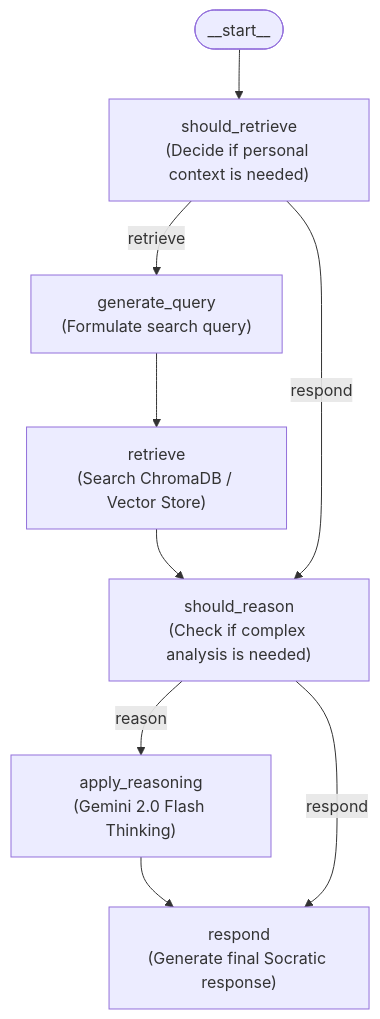
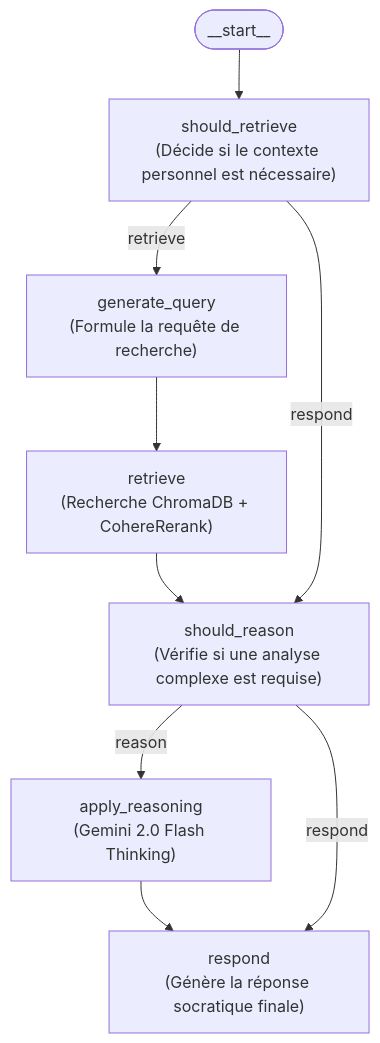
The diagram in README.md (brandonviry/mirror-agent), drawn with Mermaid before and after one commit. The commit also changed other lines of this file and 5 other files, not shown here.

````diff
--- a/README.md
+++ b/README.md
@@ -30,11 +30,11 @@
 ```mermaid
 flowchart TD
-    Start(["__start__"]) --> ShouldRetrieve["should_retrieve\n(Decide if personal context is needed)"]
-    ShouldRetrieve -- "retrieve" --> GenerateQuery["generate_query\n(Formulate search query)"]
-    GenerateQuery --> Retrieve["retrieve\n(Search ChromaDB / Vector Store)"]
-    Retrieve --> ShouldReason["should_reason\n(Check if complex analysis is needed)"]
+    Start(["__start__"]) --> ShouldRetrieve["should_retrieve\n(Décide si le contexte personnel est nécessaire)"]
+    ShouldRetrieve -- "retrieve" --> GenerateQuery["generate_query\n(Formule la requête de recherche)"]
+    GenerateQuery --> Retrieve["retrieve\n(Recherche ChromaDB + CohereRerank)"]
+    Retrieve --> ShouldReason["should_reason\n(Vérifie si une analyse complexe est requise)"]
     ShouldRetrieve -- "respond" --> ShouldReason
     ShouldReason -- "reason" --> ApplyReasoning["apply_reasoning\n(Gemini 2.0 Flash Thinking)"]
-    ApplyReasoning --> Respond["respond\n(Generate final Socratic response)"]
+    ApplyReasoning --> Respond["respond\n(Génère la réponse socratique finale)"]
     ShouldReason -- "respond" --> Respond
 ```
````
